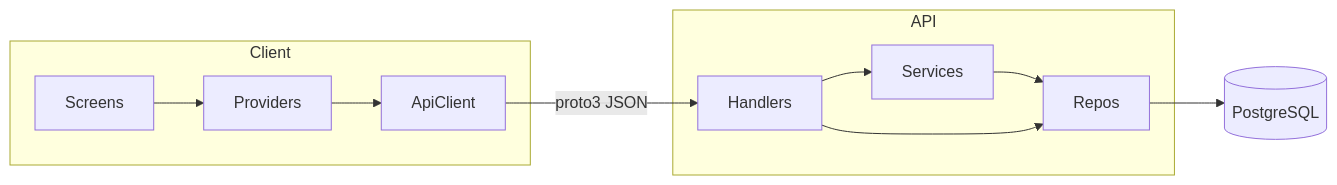
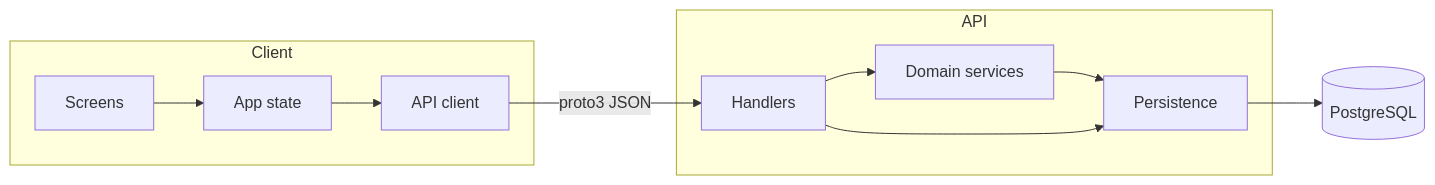
The diagram in docs/explanation/architecture/05-building-blocks.md (menonu/ymatch), drawn with Mermaid before and after one commit. The commit also changed other lines of this file and 6 other files, not shown here.

````diff
--- a/docs/explanation/architecture/05-building-blocks.md
+++ b/docs/explanation/architecture/05-building-blocks.md
@@ -112,17 +115,17 @@
 ```mermaid
 flowchart LR
   subgraph Client
     UI[Screens]
-    P[Providers]
-    AC[ApiClient]
+    S[App state]
+    AC[API client]
   end
   subgraph API
     H[Handlers]
-    S[Services]
-    R[Repos]
+    Dom[Domain services]
+    P[Persistence]
   end
   DB[(PostgreSQL)]
 
-  UI --> P --> AC -->|proto3 JSON| H --> S --> R --> DB
-  H --> R
+  UI --> S --> AC -->|proto3 JSON| H --> Dom --> P --> DB
+  H --> P
 ```
````
